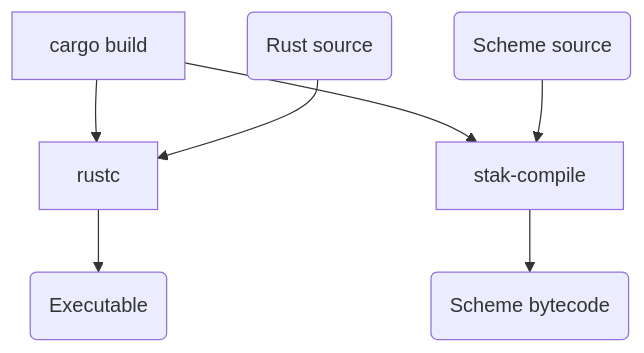
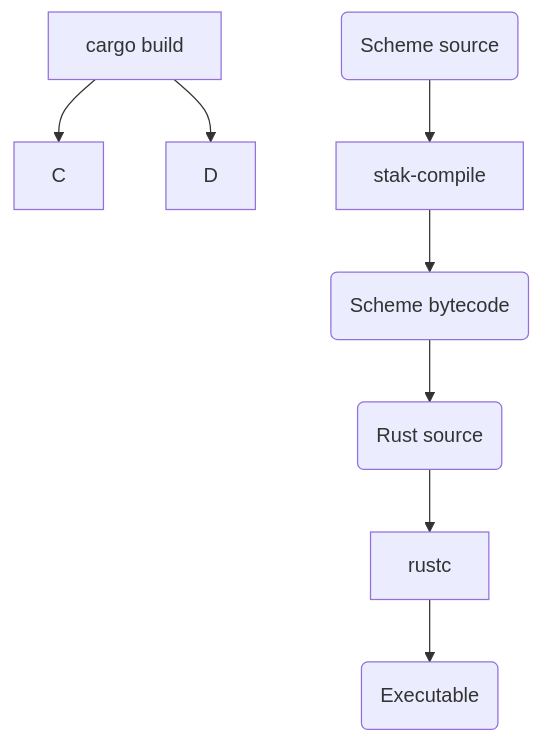
The diagram in papers/stak-scheme/embedding_script.mmd (raviqqe/doc), drawn with Mermaid before and after one commit.

```diff
--- a/papers/stak-scheme/embedding_script.mmd
+++ b/papers/stak-scheme/embedding_script.mmd
@@ -1,9 +1,8 @@
 graph TD
   B[cargo build] --> C
   B --> D
-  C[rustc] --> X
 
-  SS(Scheme source) --> D[stak-compile] --> SB(Scheme bytecode)
+  SS(Scheme source) --> SC[stak-compile] --> SB(Scheme bytecode) --> RS
+  RS(Rust source) --> RC[rustc] --> X
 
-  R(Rust source) --> C
   X(Executable)
```
